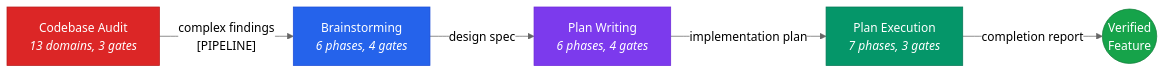
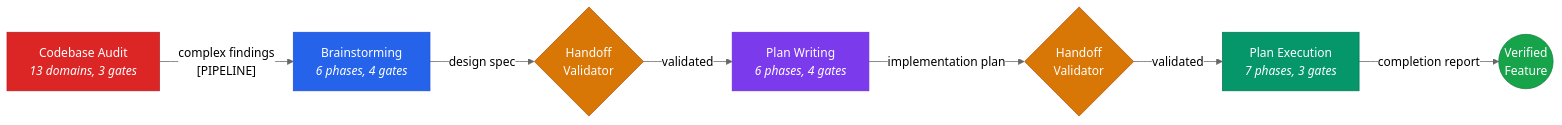
One commit to sthiermann/stn-skills changed the diagram in README.md. Above: the diagram before and after it, drawn with Mermaid (neutral theme). The commit also changed 4 other files, not shown here.

First line of the commit message:
Add pipeline-handoff-validator banner, update pipeline diagrams

````diff
--- a/README.md
+++ b/README.md
@@ -42,13 +42,17 @@
 ```mermaid
 graph LR
-    A["Brainstorming<br/><i>6 phases, 4 gates</i>"] -->|design spec| B["Plan Writing<br/><i>6 phases, 4 gates</i>"]
-    B -->|implementation plan| C["Plan Execution<br/><i>7 phases, 3 gates</i>"]
+    A["Brainstorming<br/><i>6 phases, 4 gates</i>"] -->|design spec| V1{"Handoff<br/>Validator"}
+    V1 -->|validated| B["Plan Writing<br/><i>6 phases, 4 gates</i>"]
+    B -->|implementation plan| V2{"Handoff<br/>Validator"}
+    V2 -->|validated| C["Plan Execution<br/><i>7 phases, 3 gates</i>"]
     C -->|completion report| D(("Verified<br/>Feature"))
     E["Codebase Audit<br/><i>13 domains, 3 gates</i>"] -->|"complex findings<br/>[PIPELINE]"| A
 
     style A fill:#2563eb,stroke:#1d4ed8,color:#fff
+    style V1 fill:#d97706,stroke:#b45309,color:#fff
     style B fill:#7c3aed,stroke:#6d28d9,color:#fff
+    style V2 fill:#d97706,stroke:#b45309,color:#fff
     style C fill:#059669,stroke:#047857,color:#fff
     style D fill:#16a34a,stroke:#15803d,color:#fff
     style E fill:#dc2626,stroke:#b91c1c,color:#fff
 ```
````
